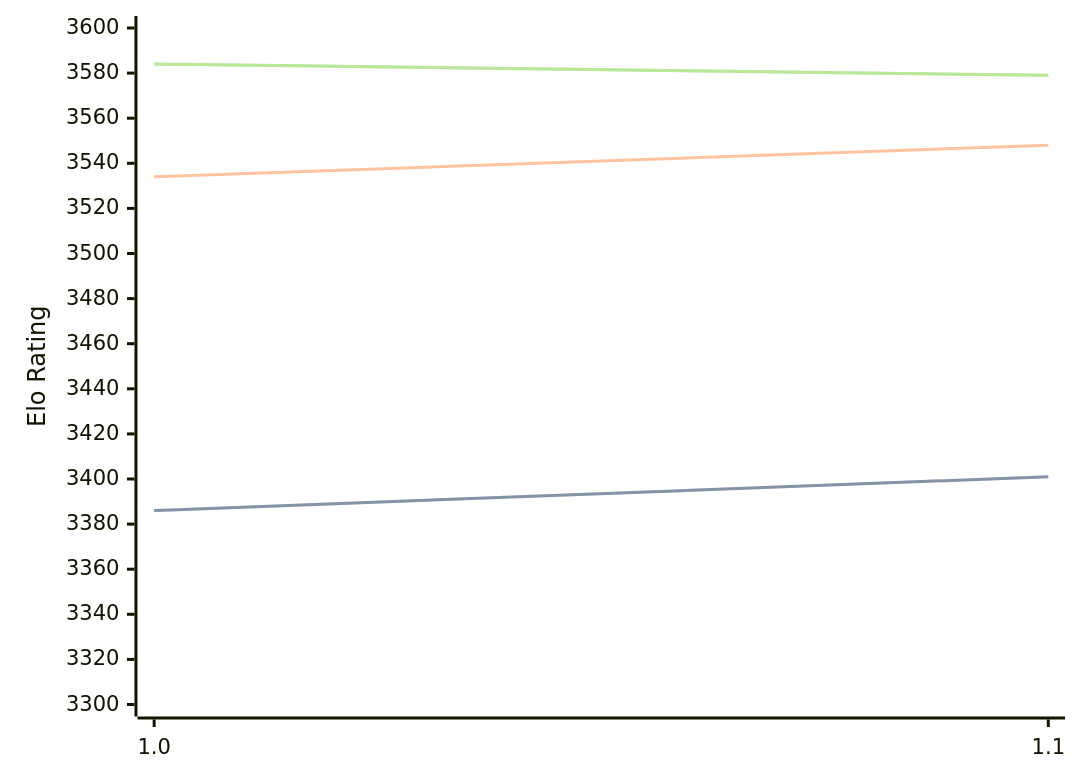
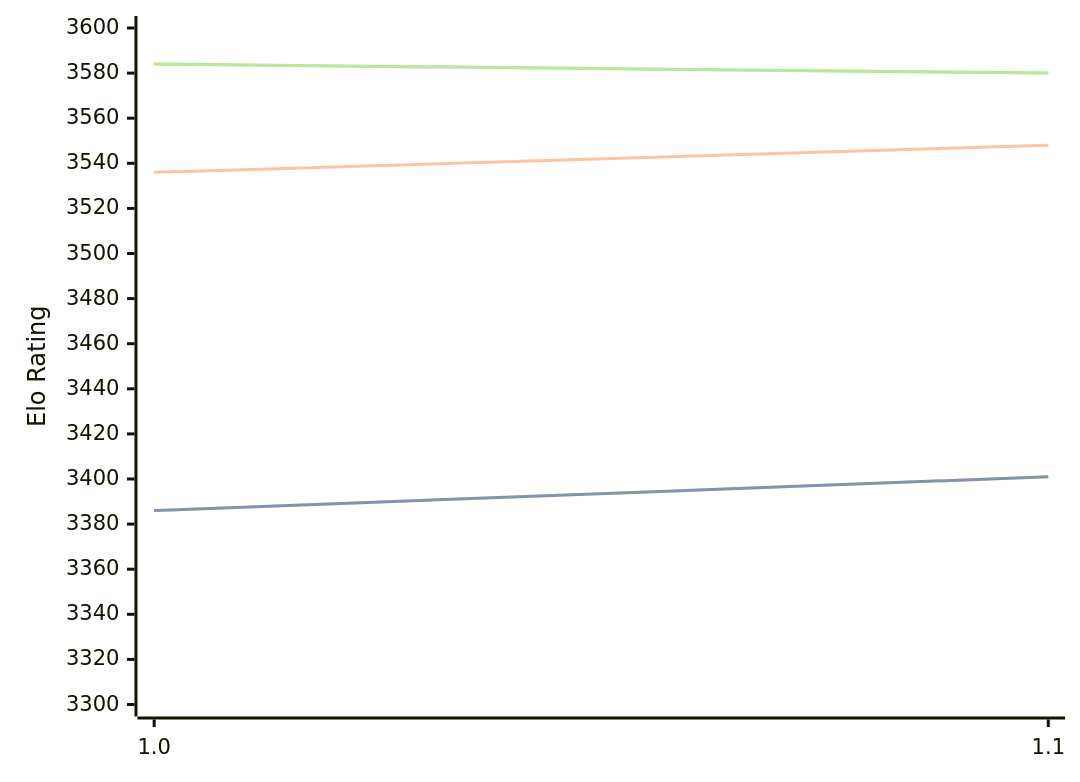
The diagram in engines/Horsie.md (computer-chess-index/cci), drawn with Mermaid before and after one commit. The commit also changed other lines of this file, not shown here.

Commit message:
Update CCI Ratings (ELO VLTC) - 2026-05-17

````diff
--- a/engines/Horsie.md
+++ b/engines/Horsie.md
@@ -32,11 +32,11 @@
 ```mermaid
 %%{init: {"theme":"base","themeVariables":{"seriesColors:['#a3a3a3','#222221','#faa371']}}}%%
 xychart-beta
   x-axis ["1.0", "1.1"]
   y-axis "Elo Rating" 3300 --> 3600
   line "STC (8.0+0.08s)" [3386, 3401]
   line "STC (8.0+0.08s)" [3386, 3401]
-  line "LTC (60.0+0.60s)" [3534, 3548]
-  line "VLTC (2m24s+1.12s)" [3584, 3579]
-  line "VLTC (2m24s+1.12s)" [3584, 3579]
+  line "LTC (60.0+0.60s)" [3536, 3548]
+  line "VLTC (2m24s+1.12s)" [3584, 3580]
+  line "VLTC (2m24s+1.12s)" [3584, 3580]
 ```
````
